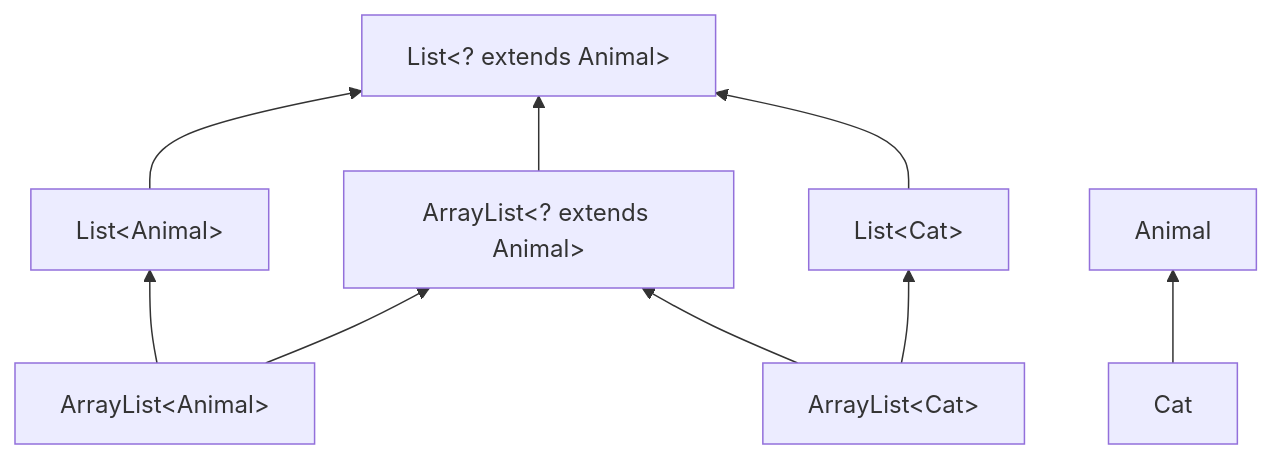
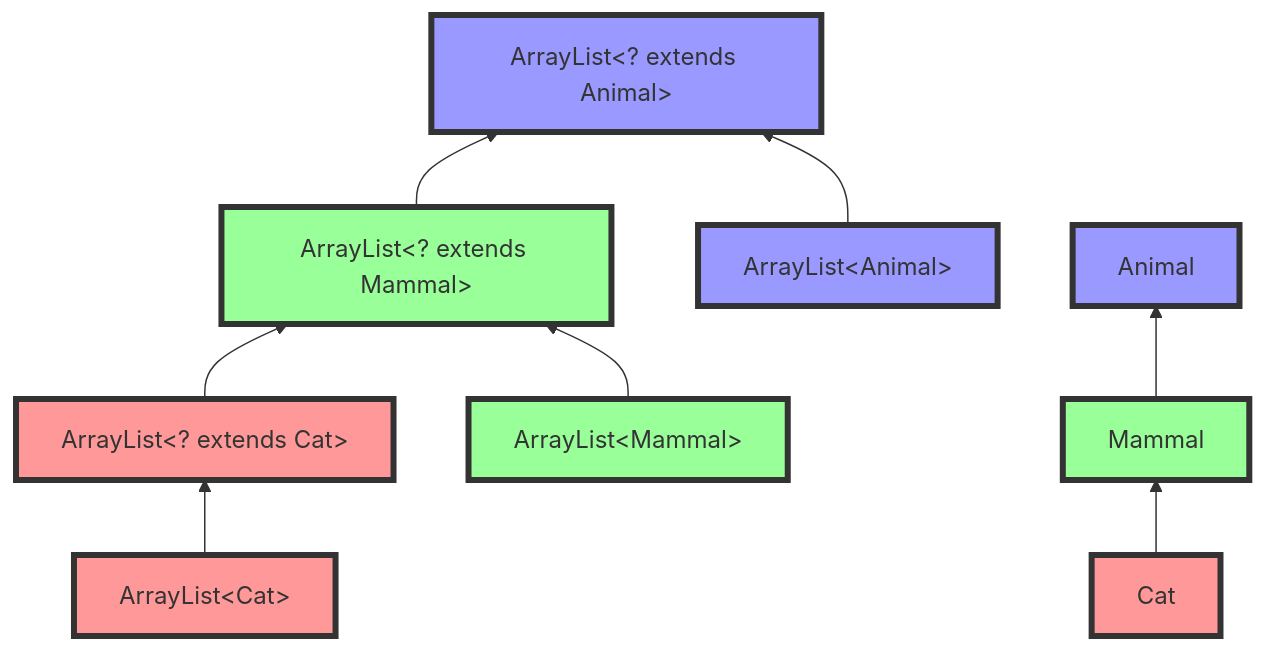
Before and after one commit to KULeuven-Diepenbeek/ses-course: the eighth of 12 diagrams in content/advjava/generics.md, drawn with Mermaid. The commit also changed other lines of this file and 50 other files, not shown here.

````diff
--- a/content/advjava/generics.md
+++ b/content/advjava/generics.md
@@ -427,18 +530,25 @@
 ```mermaid
 graph BT
 ALCat["ArrayList#lt;Cat>"]
 ALextendsAnimal["ArrayList#lt;? extends Animal>"]
-LCat["List#lt;Cat>"]
-LextendsAnimal["List#lt;? extends Animal>"]
-LAnimal["List#lt;Animal>"]
+ALextendsMammal["ArrayList#lt;? extends Mammal>"]
+ALextendsCat["ArrayList#lt;? extends Cat>"]
 ALAnimal["ArrayList#lt;Animal>"]
-ALCat --> LCat
-LAnimal --> LextendsAnimal
-ALAnimal --> LAnimal
+ALMammal["ArrayList#lt;Mammal>"]
+ALCat --> ALextendsCat
+ALextendsMammal --> ALextendsAnimal
+ALextendsCat --> ALextendsMammal
 ALAnimal --> ALextendsAnimal
-ALextendsAnimal --> LextendsAnimal
-LCat --> LextendsAnimal
-ALCat --> ALextendsAnimal
+ALMammal --> ALextendsMammal
 
-Cat --> Animal
+Cat --> Mammal
+Mammal --> Animal
+
+
+classDef cat fill:#f99,stroke:#333,stroke-width:4px;
+classDef mammal fill:#9f9,stroke:#333,stroke-width:4px;
+classDef animal fill:#99f,stroke:#333,stroke-width:4px;
+class ALCat,Cat,ALextendsCat cat;
+class ALMammal,Mammal,ALextendsMammal mammal;
+class ALAnimal,Animal,ALextendsAnimal animal;
 ```
````
